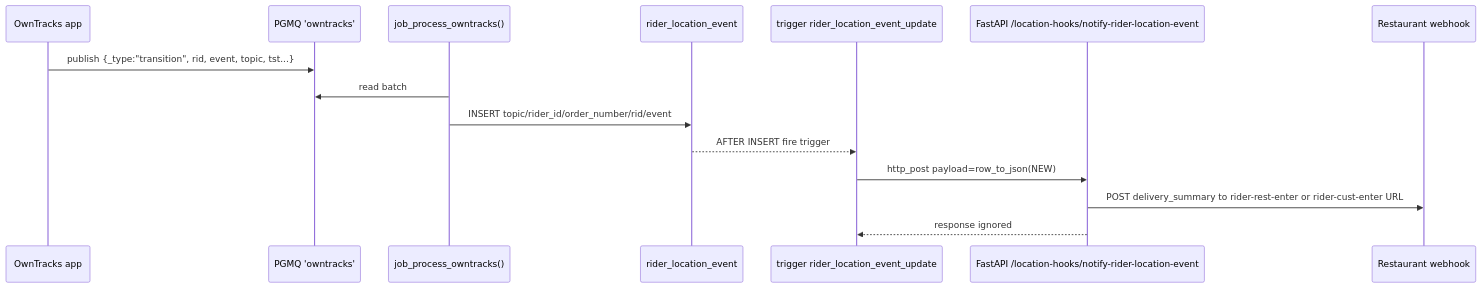
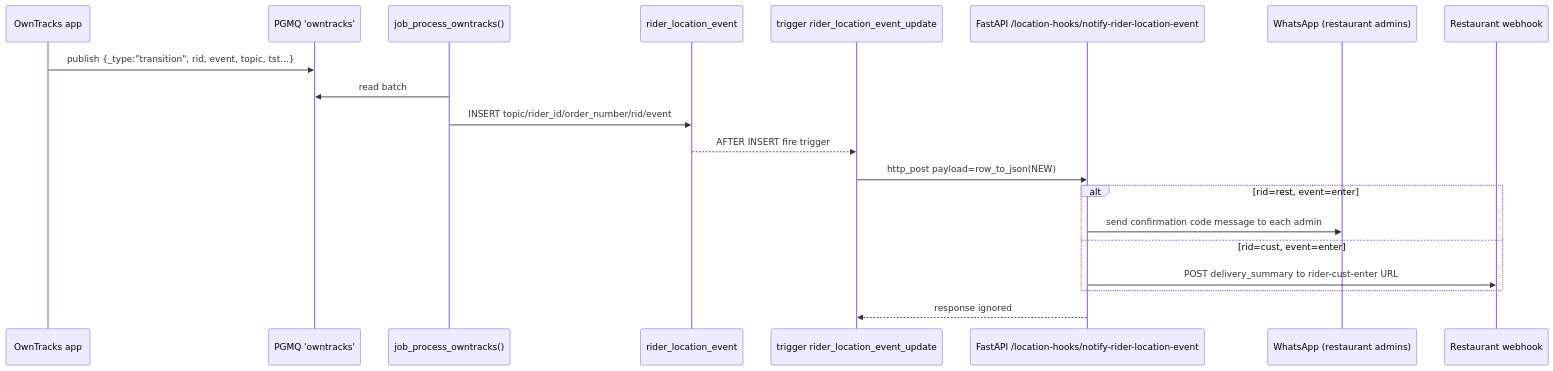
One commit to Byteloop-AI-Limited/OrdeloAgent changed the second of 2 diagrams in docs/location_overview.md. Above: the diagram before and after it, drawn with Mermaid. The commit also changed other lines of this file and 8 other files, not shown here.

````diff
--- a/docs/location_overview.md
+++ b/docs/location_overview.md
@@ -51,18 +60,23 @@
 ```mermaid
 sequenceDiagram
   participant OT as OwnTracks app
   participant Q as PGMQ 'owntracks'
   participant Job as job_process_owntracks()
   participant RLE as rider_location_event
   participant TR as trigger rider_location_event_update
   participant API as FastAPI /location-hooks/notify-rider-location-event
+  participant WA as WhatsApp (restaurant admins)
   participant Rest as Restaurant webhook
 
   OT->>Q: publish {_type:"transition", rid, event, topic, tst...}
   Job->>Q: read batch
   Job->>RLE: INSERT topic/rider_id/order_number/rid/event
   RLE-->>TR: AFTER INSERT fire trigger
   TR->>API: http_post payload=row_to_json(NEW)
-  API->>Rest: POST delivery_summary to rider-rest-enter or rider-cust-enter URL
+  alt rid=rest, event=enter
+    API->>WA: send confirmation code message to each admin
+  else rid=cust, event=enter
+    API->>Rest: POST delivery_summary to rider-cust-enter URL
+  end
   API-->>TR: response ignored
 ```
````
